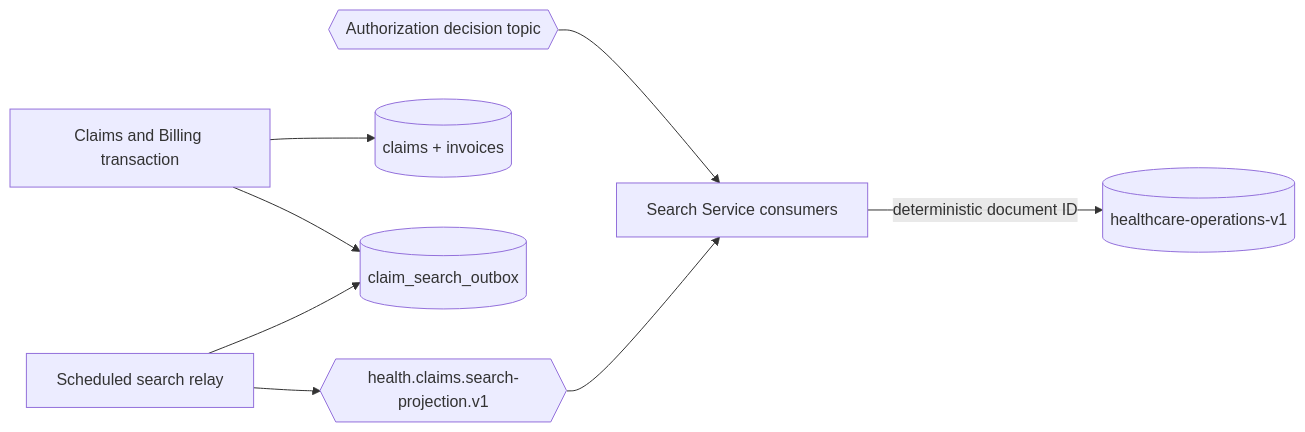
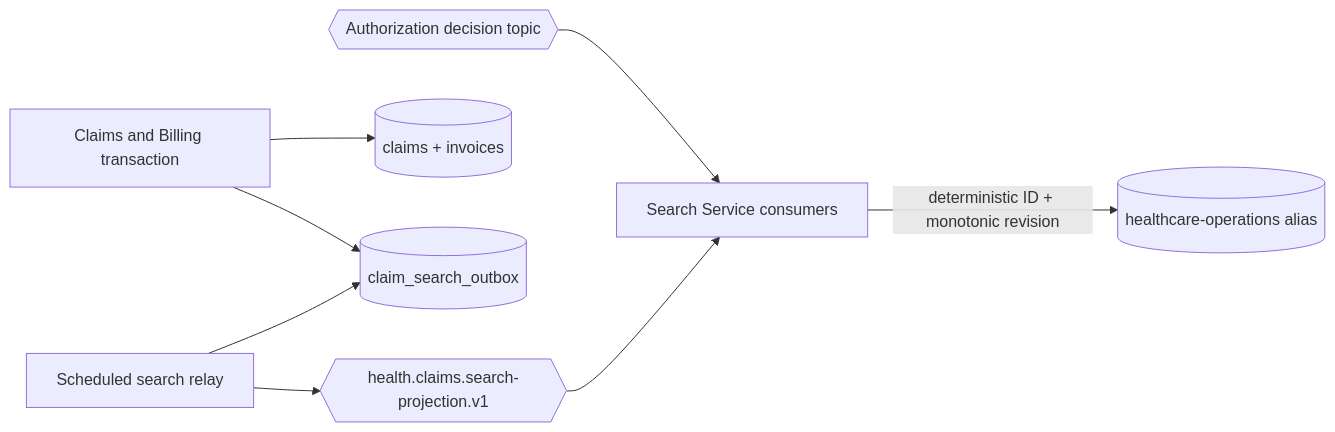
The fourth of 5 diagrams in docs/architecture/event-driven-messaging.md (aydindemir1/health-insurance-platform), drawn with Mermaid before and after one commit. The commit also changed other lines of this file and 18 other files, not shown here.

````diff
--- a/docs/architecture/event-driven-messaging.md
+++ b/docs/architecture/event-driven-messaging.md
@@ -162,10 +165,10 @@
 ```mermaid
 flowchart LR
     AuthTopic{{Authorization decision topic}} --> Search[Search Service consumers]
     Claims[Claims and Billing transaction] --> CDB[(claims + invoices)]
     Claims --> SO[(claim_search_outbox)]
     Relay[Scheduled search relay] --> SO
     Relay --> SearchTopic{{health.claims.search-projection.v1}}
     SearchTopic --> Search
-    Search -->|deterministic document ID| ES[(healthcare-operations-v1)]
+    Search -->|deterministic ID + monotonic revision| ES[(healthcare-operations alias)]
 ```
````
